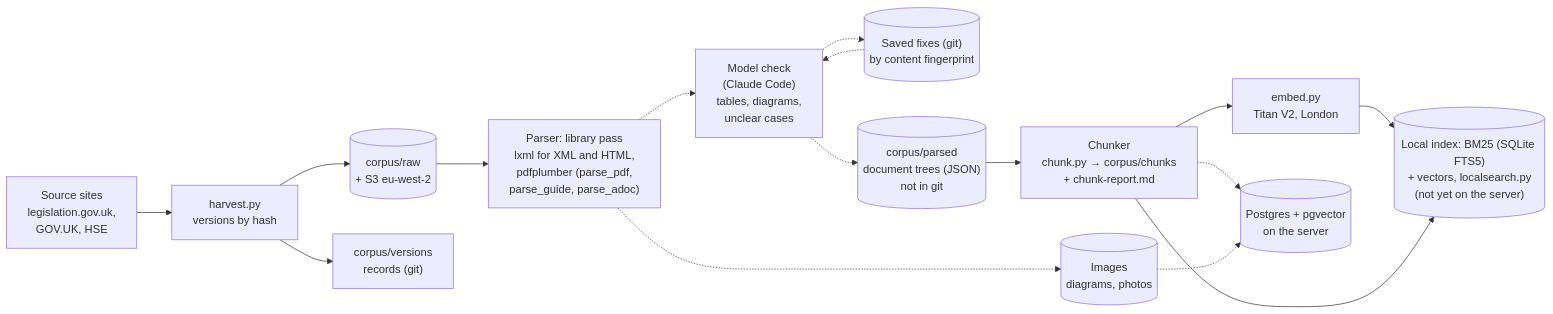
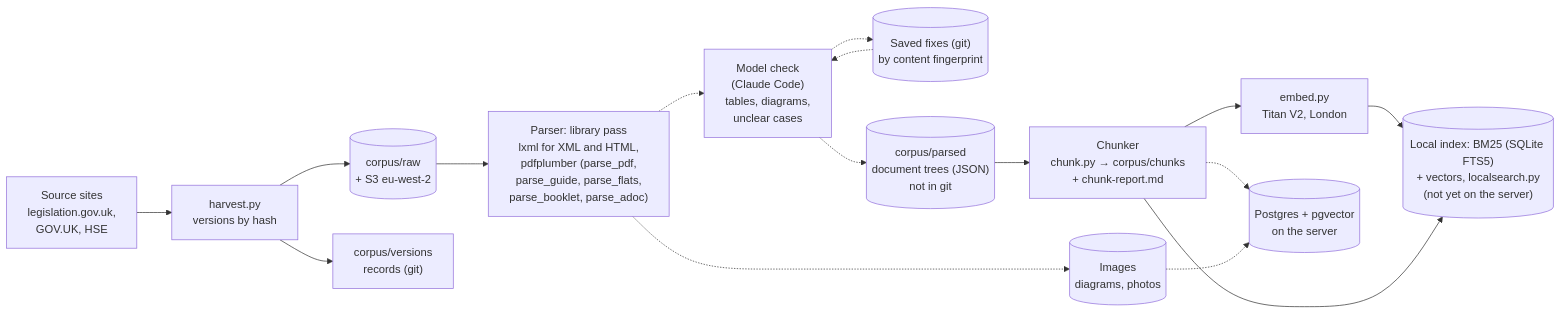
Before and after one commit to florinmarcus/builders_lab: the first of 8 diagrams in architecture/design/regulations-corpus.md, drawn with Mermaid. The commit also changed other lines of this file and 10 other files, not shown here.

````diff
--- a/architecture/design/regulations-corpus.md
+++ b/architecture/design/regulations-corpus.md
@@ -11,18 +11,18 @@
 ```mermaid
 flowchart LR
     src["Source sites<br/>legislation.gov.uk,<br/>GOV.UK, HSE"] --> harvest["harvest.py<br/>versions by hash"]
     harvest --> raw[("corpus/raw<br/>+ S3 eu-west-2")]
     harvest --> rec["corpus/versions<br/>records (git)"]
-    raw --> lib["Parser: library pass<br/>lxml for XML and HTML,<br/>pdfplumber (parse_pdf,<br/>parse_guide, parse_adoc)"]
+    raw --> lib["Parser: library pass<br/>lxml for XML and HTML,<br/>pdfplumber (parse_pdf,<br/>parse_guide, parse_flats,<br/>parse_booklet, parse_adoc)"]
     lib -.-> chk["Model check<br/>(Claude Code)<br/>tables, diagrams,<br/>unclear cases"]
     fixes[("Saved fixes (git)<br/>by content fingerprint")] -.-> chk
     chk -.-> fixes
     chk -.-> tree[("corpus/parsed<br/>document trees (JSON)<br/>not in git")]
     lib -.-> img[("Images<br/>diagrams, photos")]
     tree --> chunk["Chunker<br/>chunk.py → corpus/chunks<br/>+ chunk-report.md"]
     chunk --> emb["embed.py<br/>Titan V2, London"]
     emb --> fts[("Local index: BM25 (SQLite FTS5)<br/>+ vectors, localsearch.py<br/>(not yet on the server)")]
     chunk --> fts
     chunk -.-> pg[("Postgres + pgvector<br/>on the server")]
     img -.-> pg
 ```
````
